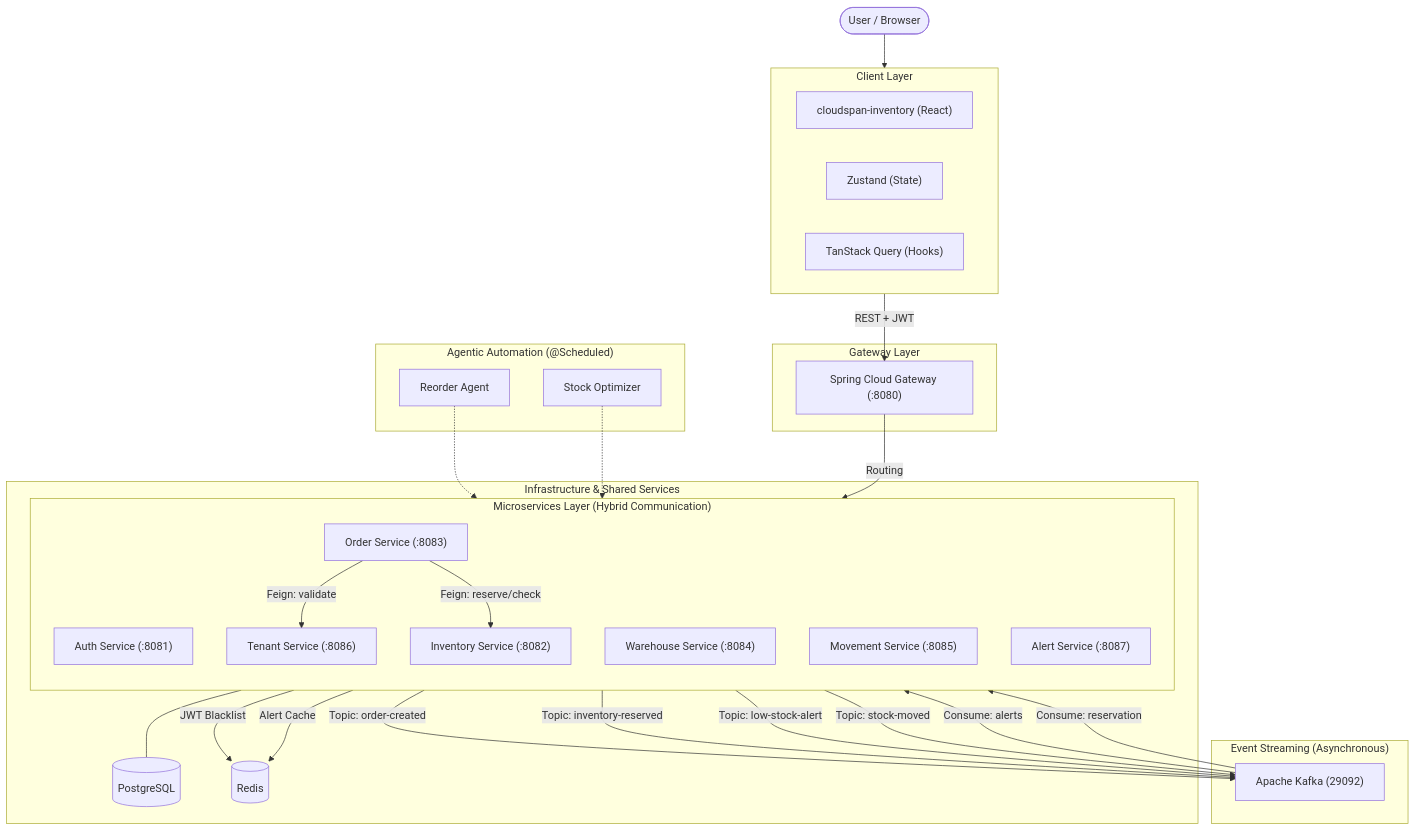
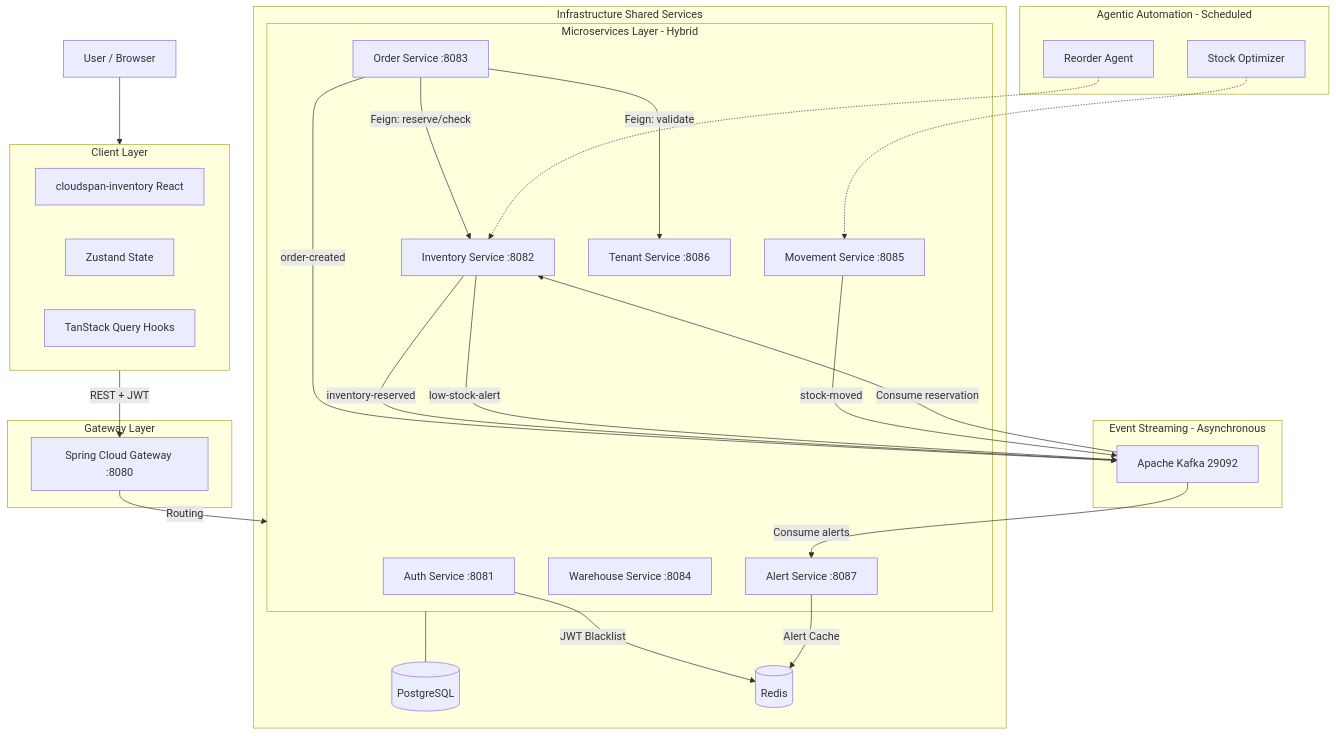
One commit to SUMIT74184/Central-Infra-Inventendo changed the diagram in README.md. Above: the diagram before and after it, drawn with Mermaid.

Commit message:
Readme.md2

````diff
--- a/README.md
+++ b/README.md
@@ -9,69 +9,68 @@
 ```mermaid
 graph TD
     %% Client Layer
-    User([User / Browser])
-    subgraph ClientLayer ["Client Layer"]
-        React["cloudspan-inventory (React)"]
-        Zustand["Zustand (State)"]
-        ReactQuery["TanStack Query (Hooks)"]
+    User[User / Browser]
+    subgraph ClientLayer [Client Layer]
+        React[cloudspan-inventory React]
+        Zustand[Zustand State]
+        ReactQuery[TanStack Query Hooks]
     end
 
     %% Gateway Layer
-    subgraph GatewayLayer ["Gateway Layer"]
-        Gateway["Spring Cloud Gateway (:8080)"]
+    subgraph GatewayLayer [Gateway Layer]
+        Gateway[Spring Cloud Gateway :8080]
     end
 
     %% Microservices Layer
-    subgraph Microservices ["Microservices Layer (Hybrid Communication)"]
-        direction TB
-        AuthService["Auth Service (:8081)"]
-        InventoryService["Inventory Service (:8082)"]
-        OrderService["Order Service (:8083)"]
-        WarehouseService["Warehouse Service (:8084)"]
-        MovementService["Movement Service (:8085)"]
-        TenantService["Tenant Service (:8086)"]
-        AlertService["Alert Service (:8087)"]
+    subgraph Microservices [Microservices Layer - Hybrid]
+        AuthService[Auth Service :8081]
+        InventoryService[Inventory Service :8082]
+        OrderService[Order Service :8083]
+        WarehouseService[Warehouse Service :8084]
+        MovementService[Movement Service :8085]
+        TenantService[Tenant Service :8086]
+        AlertService[Alert Service :8087]
         
-        %% Synchronous Dependencies (Feign)
+        %% Synchronous Dependencies
         OrderService -- "Feign: validate" --> TenantService
         OrderService -- "Feign: reserve/check" --> InventoryService
     end
 
     %% Event Layer
-    subgraph EventLayer ["Event Streaming (Asynchronous)"]
-        Kafka["Apache Kafka (29092)"]
+    subgraph EventLayer [Event Streaming - Asynchronous]
+        Kafka[Apache Kafka 29092]
         
         %% Event Flow
-        OrderService -- "Topic: order-created" --> Kafka
-        InventoryService -- "Topic: inventory-reserved" --> Kafka
-        InventoryService -- "Topic: low-stock-alert" --> Kafka
-        MovementService -- "Topic: stock-moved" --> Kafka
+        OrderService -- "order-created" --> Kafka
+        InventoryService -- "inventory-reserved" --> Kafka
+        InventoryService -- "low-stock-alert" --> Kafka
+        MovementService -- "stock-moved" --> Kafka
         
-        Kafka -- "Consume: alerts" --> AlertService
-        Kafka -- "Consume: reservation" --> InventoryService
+        Kafka -- "Consume alerts" --> AlertService
+        Kafka -- "Consume reservation" --> InventoryService
     end
 
     %% Infrastructure Layer
-    subgraph InfraLayer ["Infrastructure & Shared Services"]
+    subgraph InfraLayer [Infrastructure Shared Services]
         Postgres[(PostgreSQL)]
         Redis[(Redis)]
         
         AuthService -- "JWT Blacklist" --> Redis
         AlertService -- "Alert Cache" --> Redis
         Microservices --- Postgres
     end
 
     %% Main Request Flow
     User --> ClientLayer
     ClientLayer -- "REST + JWT" --> Gateway
     Gateway -- "Routing" --> Microservices
 
-    %% Agentic Automation (Internal)
-    subgraph Automation ["Agentic Automation (@Scheduled)"]
-        ReorderAgent["Reorder Agent"]
-        StockOptimizer["Stock Optimizer"]
+    %% Agentic Automation
+    subgraph Automation [Agentic Automation - Scheduled]
+        ReorderAgent[Reorder Agent]
+        StockOptimizer[Stock Optimizer]
     end
     
     ReorderAgent -.-> InventoryService
     StockOptimizer -.-> MovementService
 ```
````
